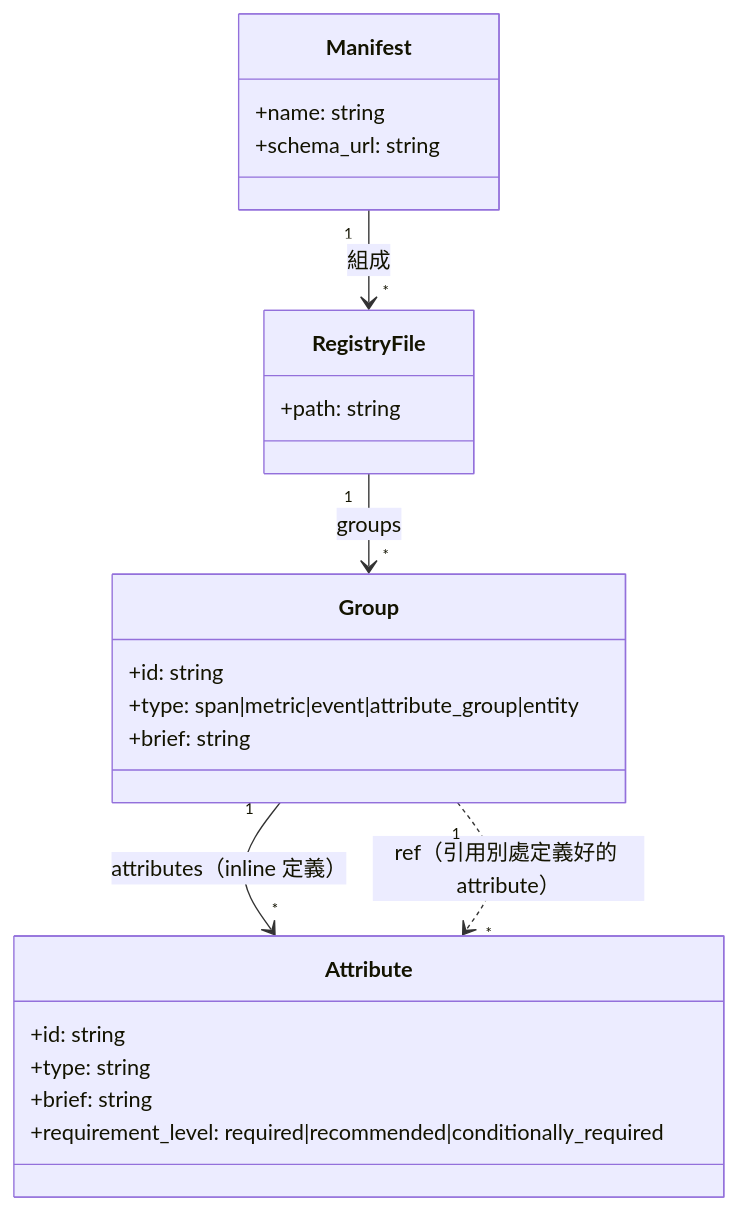
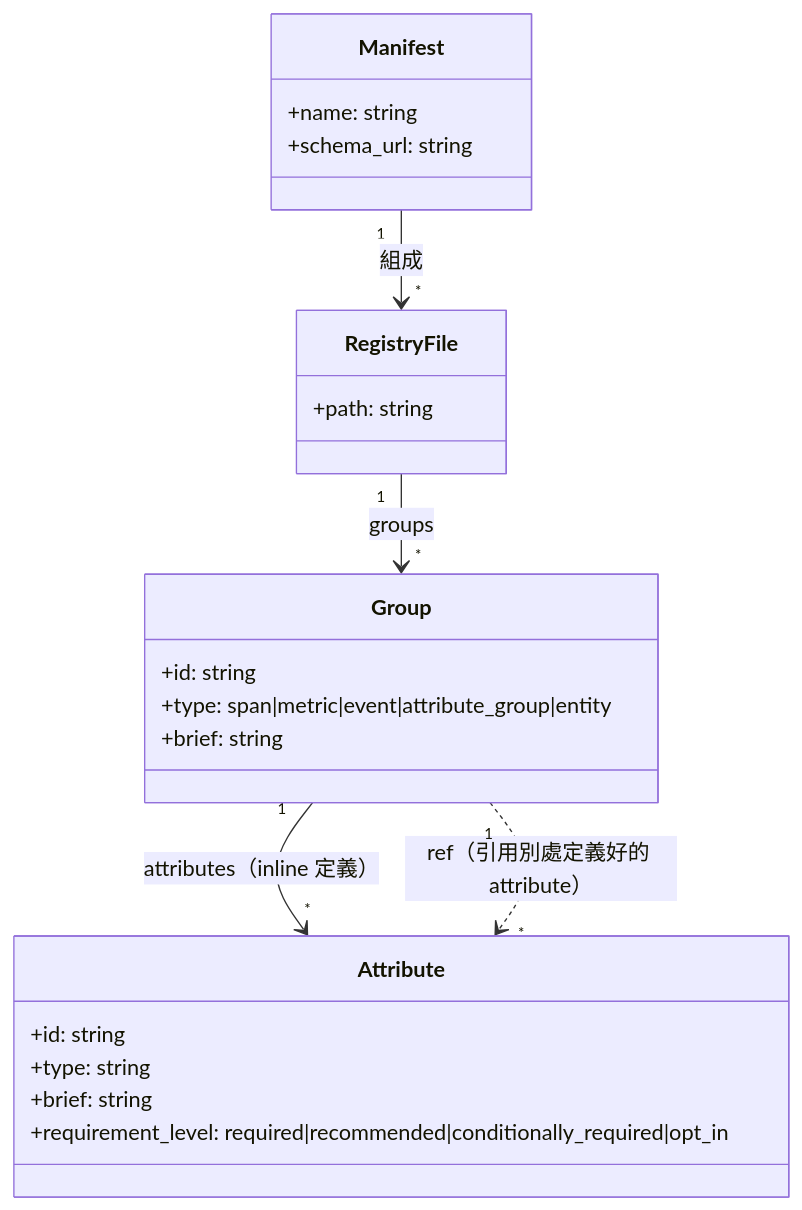
Before and after one commit to tedmax100/o11y-bench: the first of 5 diagrams in weaver-demo/ironman-2026/day07.md, drawn with Mermaid. The commit also changed other lines of this file and 2 other files, not shown here.

````diff
--- a/weaver-demo/ironman-2026/day07.md
+++ b/weaver-demo/ironman-2026/day07.md
@@ -73,26 +73,26 @@
 ```mermaid
 classDiagram
     class Manifest {
       +name: string
       +schema_url: string
     }
     class RegistryFile {
       +path: string
     }
     class Group {
       +id: string
       +type: span|metric|event|attribute_group|entity
       +brief: string
     }
     class Attribute {
       +id: string
       +type: string
       +brief: string
-      +requirement_level: required|recommended|conditionally_required
+      +requirement_level: required|recommended|conditionally_required|opt_in
     }
 
     Manifest "1" --> "*" RegistryFile : 組成
     RegistryFile "1" --> "*" Group : groups
     Group "1" --> "*" Attribute : attributes（inline 定義）
     Group "1" ..> "*" Attribute : ref（引用別處定義好的 attribute）
 ```
````
